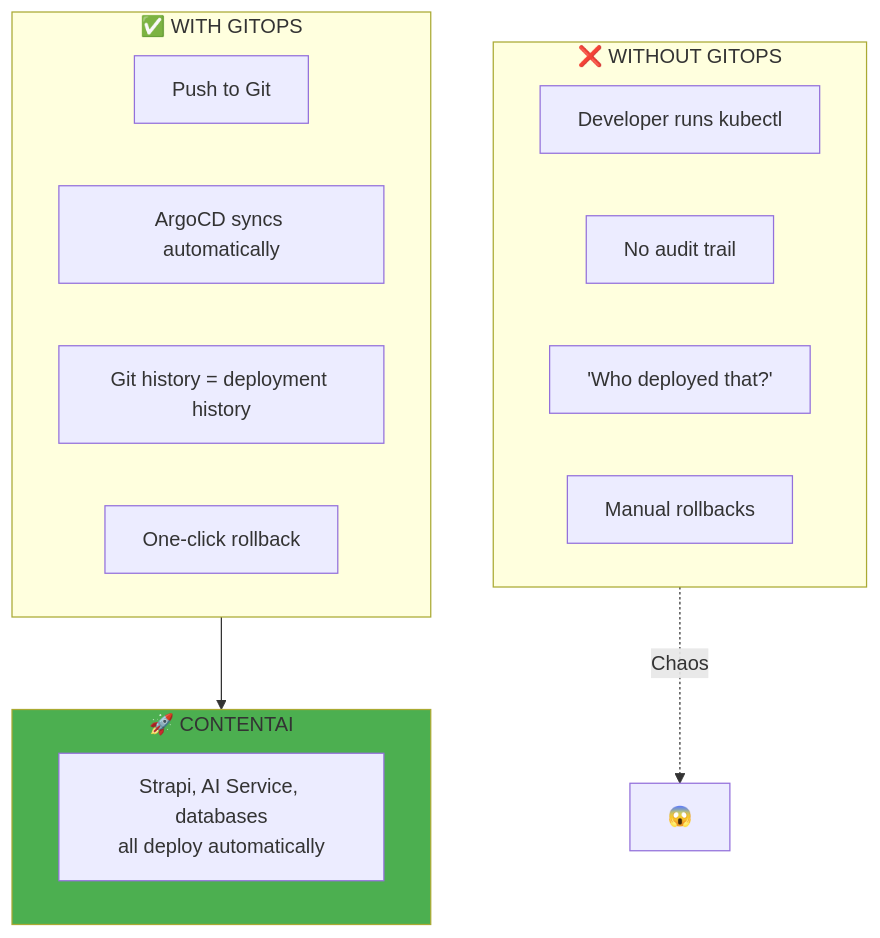
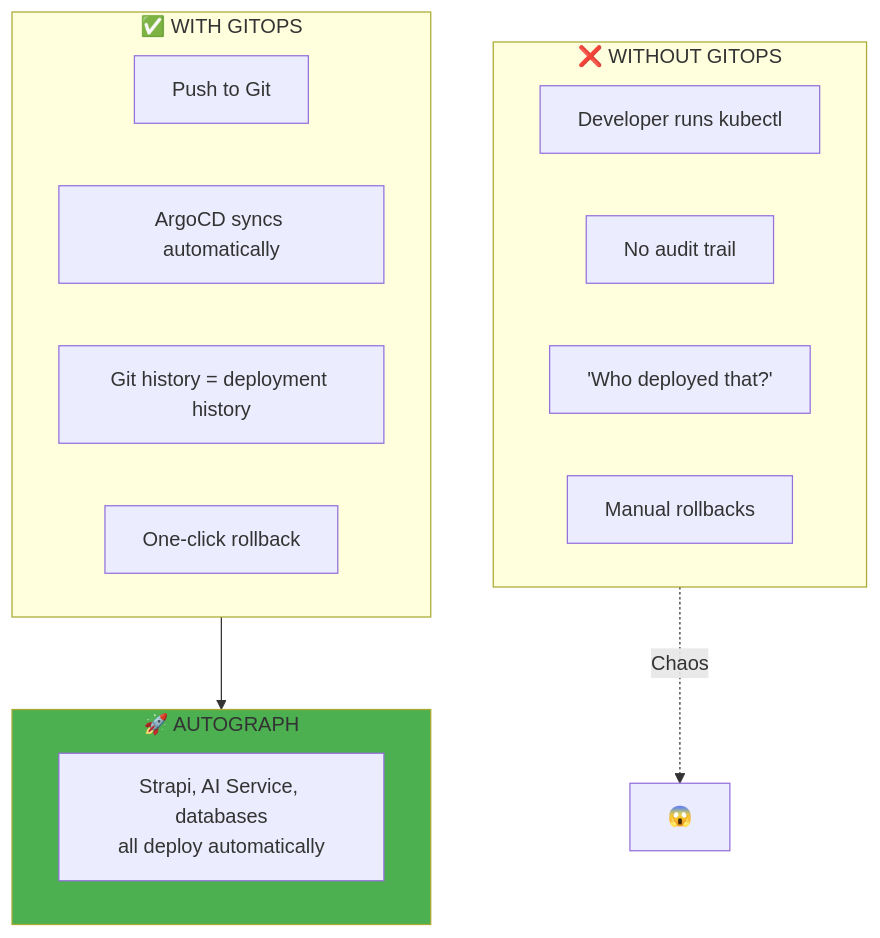
One commit to PearlThoughtsInternship/Internship-Obsidian-Vault changed the first of 10 diagrams in DevOps/02-Engineering/05-GitOps.md. Above: the diagram before and after it, drawn with Mermaid. The commit also changed other lines of this file and 7 other files, not shown here.

````diff
--- a/DevOps/02-Engineering/05-GitOps.md
+++ b/DevOps/02-Engineering/05-GitOps.md
@@ -11,25 +11,25 @@
 ```mermaid
 flowchart TB
     subgraph Before["❌ WITHOUT GITOPS"]
         B1["Developer runs kubectl"]
         B2["No audit trail"]
         B3["'Who deployed that?'"]
         B4["Manual rollbacks"]
     end
 
     subgraph After["✅ WITH GITOPS"]
         A1["Push to Git"]
         A2["ArgoCD syncs automatically"]
         A3["Git history = deployment history"]
         A4["One-click rollback"]
     end
 
-    subgraph Result["🚀 CONTENTAI"]
+    subgraph Result["🚀 AUTOGRAPH"]
         R["Strapi, AI Service, databases\nall deploy automatically"]
     end
 
     Before -.->|"Chaos"| X["😱"]
     After --> Result
 
     style Result fill:#4CAF50
 ```
````
